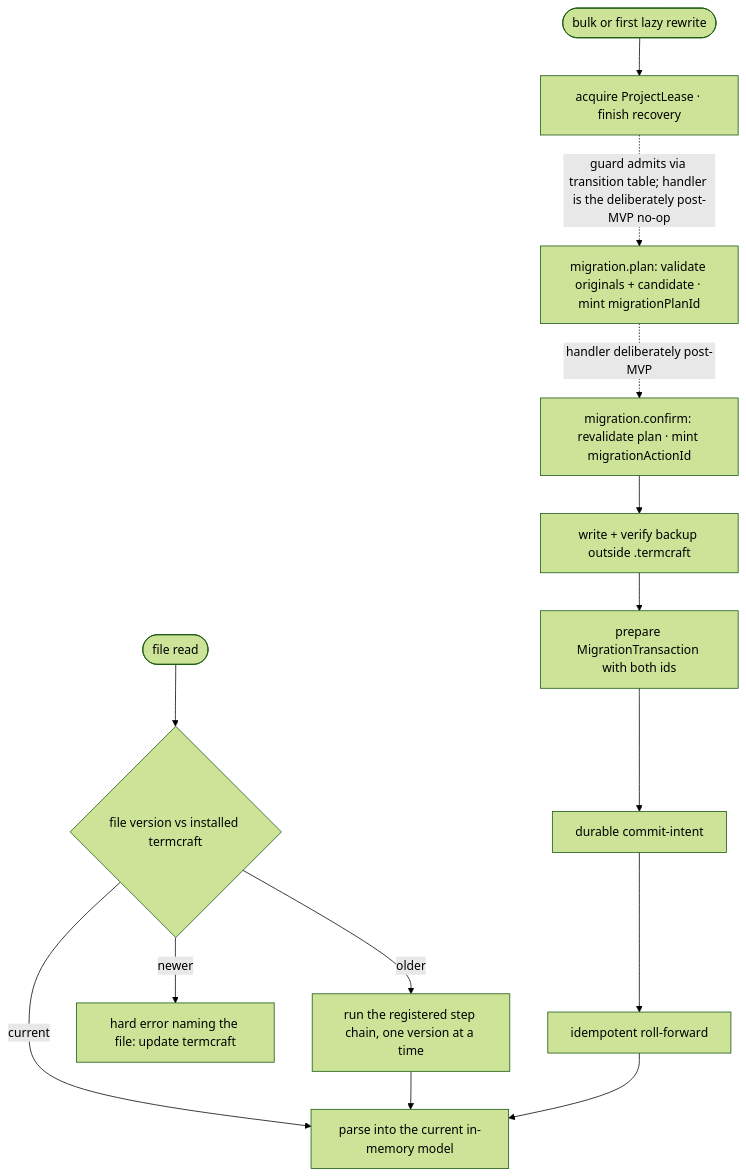
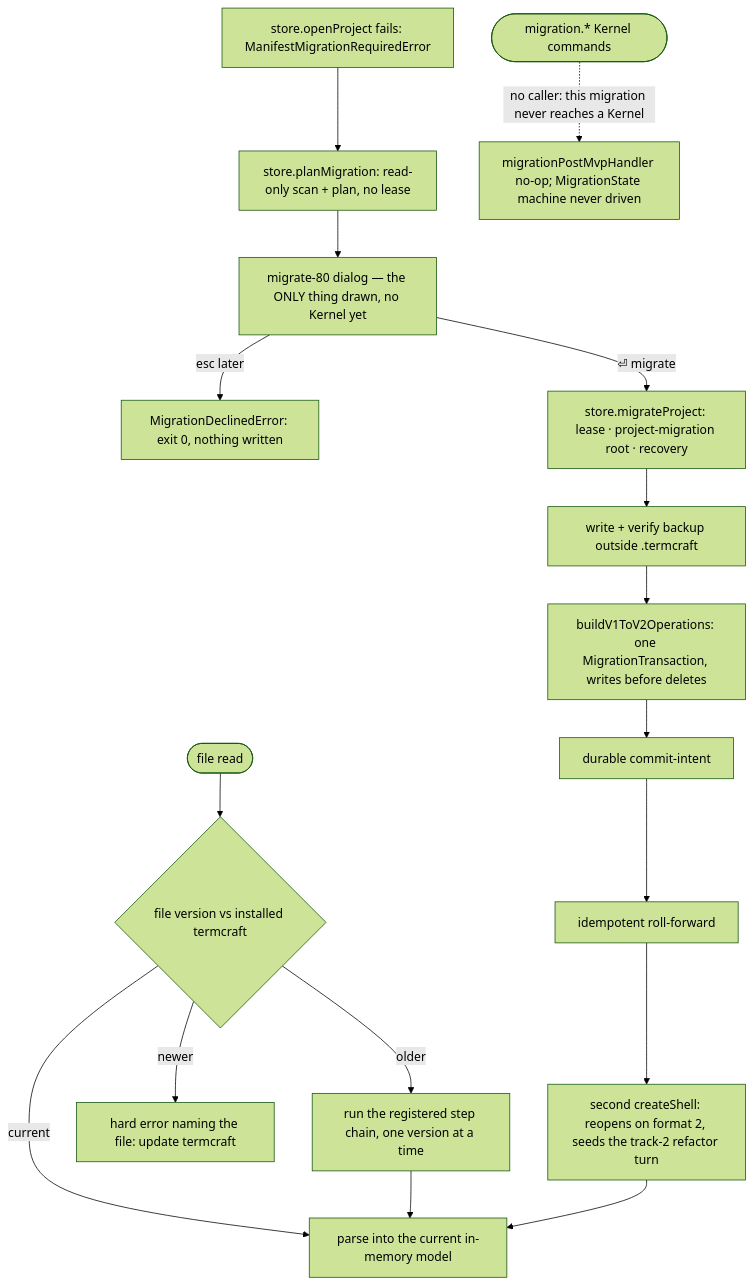
Before and after one commit to khmilevoi/termcraft: the diagram in docs/architecture/flows/migration.md, drawn with Mermaid (forest theme). The commit also changed other lines of this file and 6 other files, not shown here.

````diff
--- a/docs/architecture/flows/migration.md
+++ b/docs/architecture/flows/migration.md
@@ -5,17 +7,21 @@
 ```mermaid
 flowchart TD
     read(["file read"]) --> ver{"file version vs installed termcraft"}
     ver -- "current" --> use["parse into the current in-memory model"]
     ver -- "older" --> chain["run the registered step chain, one version at a time"]
     chain --> use
     ver -- "newer" --> err["hard error naming the file: update termcraft"]
 
-    bulk(["bulk or first lazy rewrite"]) --> lease["acquire ProjectLease · finish recovery"]
-    lease -. "guard admits via transition table; handler is the deliberately post-MVP no-op" .-> plan["migration.plan: validate originals + candidate · mint migrationPlanId"]
-    plan -. "handler deliberately post-MVP" .-> confirm["migration.confirm: revalidate plan · mint migrationActionId"]
-    confirm --> backup["write + verify backup outside .termcraft"]
-    backup --> tx["prepare MigrationTransaction with both ids"]
+    open["store.openProject fails: ManifestMigrationRequiredError"] --> planread["store.planMigration: read-only scan + plan, no lease"]
+    planread --> offer["migrate-80 dialog — the ONLY thing drawn, no Kernel yet"]
+    offer -- "esc later" --> declined["MigrationDeclinedError: exit 0, nothing written"]
+    offer -- "⏎ migrate" --> migrateProject["store.migrateProject: lease · project-migration root · recovery"]
+    migrateProject --> backup["write + verify backup outside .termcraft"]
+    backup --> tx["buildV1ToV2Operations: one MigrationTransaction, writes before deletes"]
     tx --> intent["durable commit-intent"]
-    intent --> all["idempotent roll-forward"]
-    all --> use
+    intent --> forward["idempotent roll-forward"]
+    forward --> reopen["second createShell: reopens on format 2, seeds the track-2 refactor turn"]
+    reopen --> use
+
+    kcmd(["migration.* Kernel commands"]) -. "no caller: this migration never reaches a Kernel" .-> deadhandler["migrationPostMvpHandler no-op; MigrationState machine never driven"]
 ```
````
